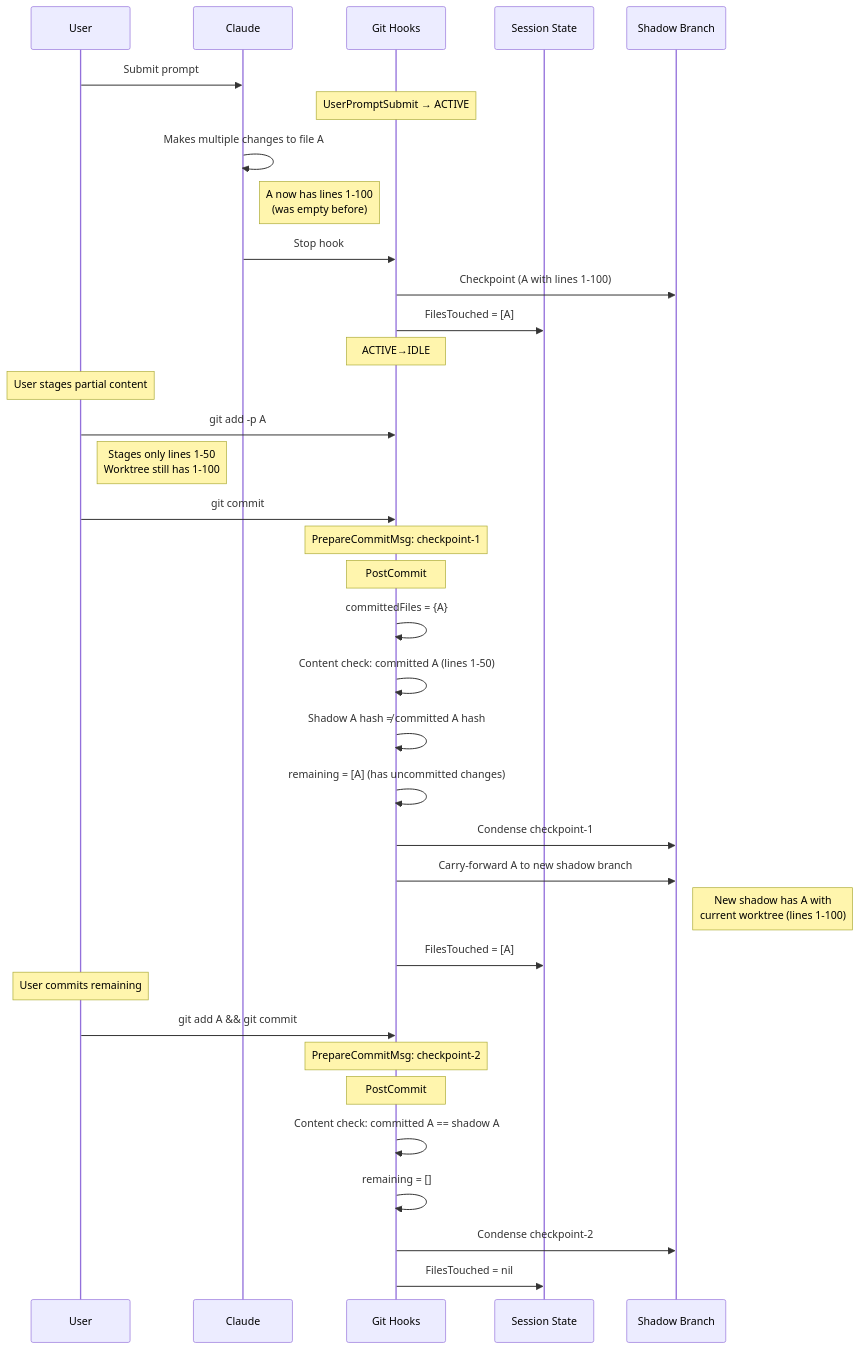
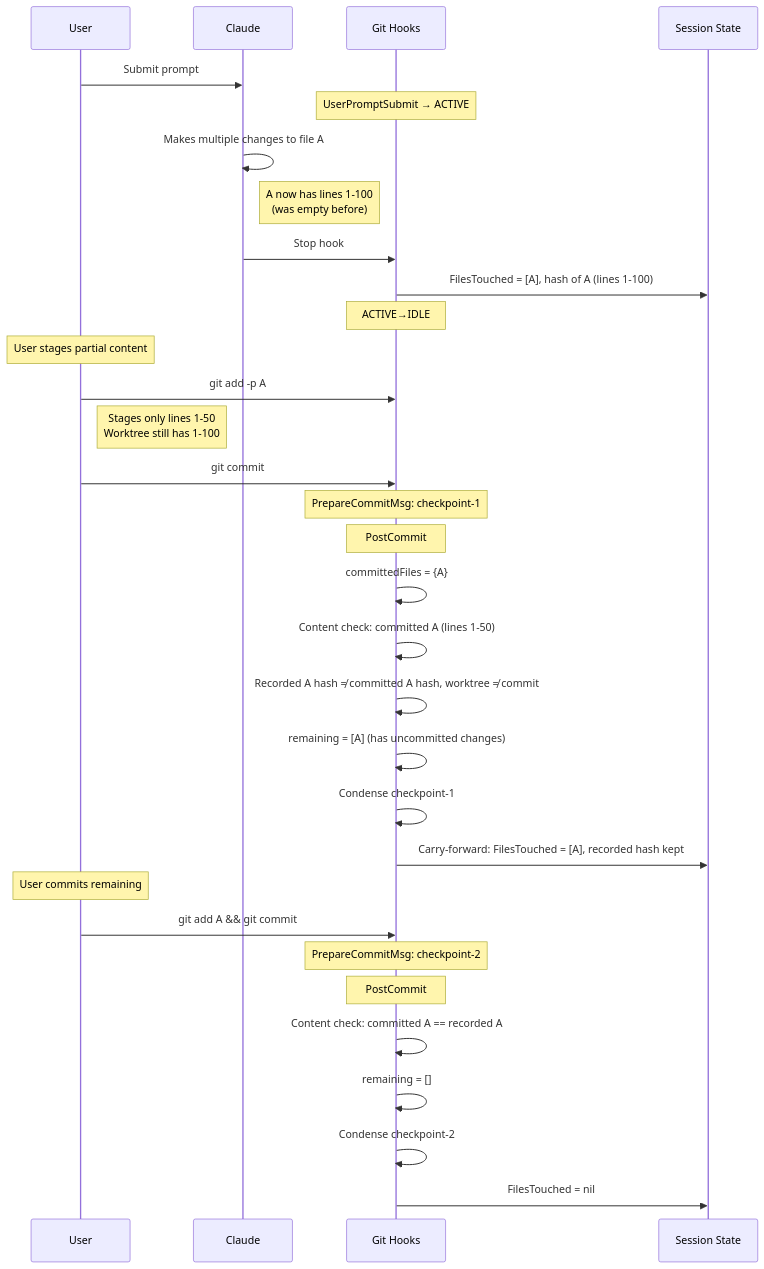
Before and after one commit to entireio/cli: the sixth of 10 diagrams in docs/architecture/checkpoint-scenarios.md, drawn with Mermaid. The commit also changed other lines of this file and 17 other files, not shown here.

````diff
--- a/docs/architecture/checkpoint-scenarios.md
+++ b/docs/architecture/checkpoint-scenarios.md
@@ -397,45 +226,41 @@
 ```mermaid
 sequenceDiagram
     participant U as User
     participant C as Claude
     participant G as Git Hooks
     participant S as Session State
-    participant SB as Shadow Branch
 
     U->>C: Submit prompt
     Note over G: UserPromptSubmit → ACTIVE
 
     C->>C: Makes multiple changes to file A
     Note right of C: A now has lines 1-100<br/>(was empty before)
     C->>G: Stop hook
-    G->>SB: Checkpoint (A with lines 1-100)
-    G->>S: FilesTouched = [A]
+    G->>S: FilesTouched = [A], hash of A (lines 1-100)
     Note over G: ACTIVE→IDLE
 
     Note over U: User stages partial content
     U->>G: git add -p A
     Note right of U: Stages only lines 1-50<br/>Worktree still has 1-100
 
     U->>G: git commit
     Note over G: PrepareCommitMsg: checkpoint-1
 
     Note over G: PostCommit
     G->>G: committedFiles = {A}
     G->>G: Content check: committed A (lines 1-50)
-    G->>G: Shadow A hash ≠ committed A hash
+    G->>G: Recorded A hash ≠ committed A hash, worktree ≠ commit
     G->>G: remaining = [A] (has uncommitted changes)
-    G->>SB: Condense checkpoint-1
-    G->>SB: Carry-forward A to new shadow branch
-    Note right of SB: New shadow has A with<br/>current worktree (lines 1-100)
-    G->>S: FilesTouched = [A]
+    G->>G: Condense checkpoint-1
+    G->>S: Carry-forward: FilesTouched = [A], recorded hash kept
 
     Note over U: User commits remaining
     U->>G: git add A && git commit
     Note over G: PrepareCommitMsg: checkpoint-2
 
     Note over G: PostCommit
-    G->>G: Content check: committed A == shadow A
+    G->>G: Content check: committed A == recorded A
     G->>G: remaining = []
-    G->>SB: Condense checkpoint-2
+    G->>G: Condense checkpoint-2
     G->>S: FilesTouched = nil
 ```
````
